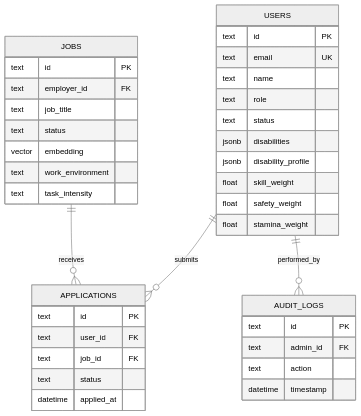
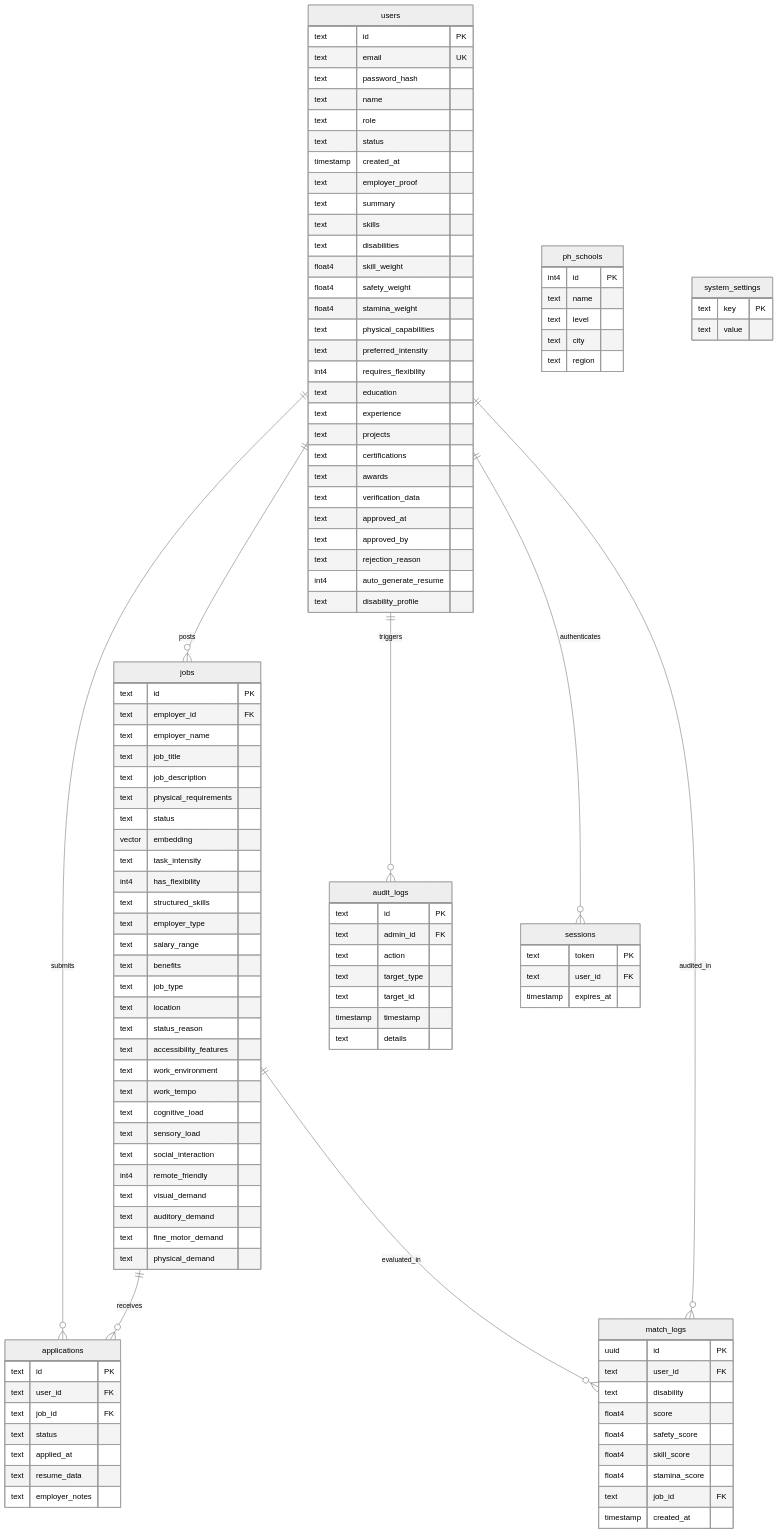
Before and after one commit to AetherrAkuma/UPLIFT-Thesis: the second of 3 diagrams in ARCHITECTURAL_WALKTHROUGH.md, drawn with Mermaid (neutral theme). The commit also changed other lines of this file and 50 other files, not shown here.

Commit message:
docs: update architecture documentation and remove obsolete server and database configuration files

````diff
--- a/ARCHITECTURAL_WALKTHROUGH.md
+++ b/ARCHITECTURAL_WALKTHROUGH.md
@@ -207,40 +231,123 @@
 ```mermaid
 erDiagram
-    USERS ||--o{ APPLICATIONS : submits
-    USERS {
+    users ||--o{ applications : submits
+    users ||--o{ jobs : posts
+    users ||--o{ audit_logs : triggers
+    users ||--o{ sessions : authenticates
+    users ||--o{ match_logs : audited_in
+    jobs ||--o{ applications : receives
+    jobs ||--o{ match_logs : evaluated_in
+
+    users {
         text id PK
         text email UK
+        text password_hash
         text name
         text role
         text status
-        jsonb disabilities
-        jsonb disability_profile
-        float skill_weight
-        float safety_weight
-        float stamina_weight
+        timestamp created_at
+        text employer_proof
+        text summary
+        text skills
+        text disabilities
+        float4 skill_weight
+        float4 safety_weight
+        float4 stamina_weight
+        text physical_capabilities
+        text preferred_intensity
+        int4 requires_flexibility
+        text education
+        text experience
+        text projects
+        text certifications
+        text awards
+        text verification_data
+        text approved_at
+        text approved_by
+        text rejection_reason
+        int4 auto_generate_resume
+        text disability_profile
     }
-    JOBS ||--o{ APPLICATIONS : receives
-    JOBS {
+
+    jobs {
         text id PK
         text employer_id FK
+        text employer_name
         text job_title
+        text job_description
+        text physical_requirements
         text status
         vector embedding
+        text task_intensity
+        int4 has_flexibility
+        text structured_skills
+        text employer_type
+        text salary_range
+        text benefits
+        text job_type
+        text location
+        text status_reason
+        text accessibility_features
         text work_environment
-        text task_intensity
+        text work_tempo
+        text cognitive_load
+        text sensory_load
+        text social_interaction
+        int4 remote_friendly
+        text visual_demand
+        text auditory_demand
+        text fine_motor_demand
+        text physical_demand
     }
-    USERS ||--o{ AUDIT_LOGS : performed_by
-    AUDIT_LOGS {
-        text id PK
-        text admin_id FK
-        text action
-        datetime timestamp
-    }
-    APPLICATIONS {
+
+    applications {
         text id PK
         text user_id FK
         text job_id FK
         text status
-        datetime applied_at
+        text applied_at
+        text resume_data
+        text employer_notes
+    }
+
+    match_logs {
+        uuid id PK
+        text user_id FK
+        text disability
+        float4 score
+        float4 safety_score
+        float4 skill_score
+        float4 stamina_score
+        text job_id FK
+        timestamp created_at
+    }
+
+    sessions {
+        text token PK
+        text user_id FK
+        timestamp expires_at
+    }
+
+    ph_schools {
+        int4 id PK
+        text name
+        text level
+        text city
+        text region
+    }
+
+    system_settings {
+        text key PK
+        text value
+    }
+
+    audit_logs {
+        text id PK
+        text admin_id FK
+        text action
+        text target_type
+        text target_id
+        timestamp timestamp
+        text details
     }
 ```
````
